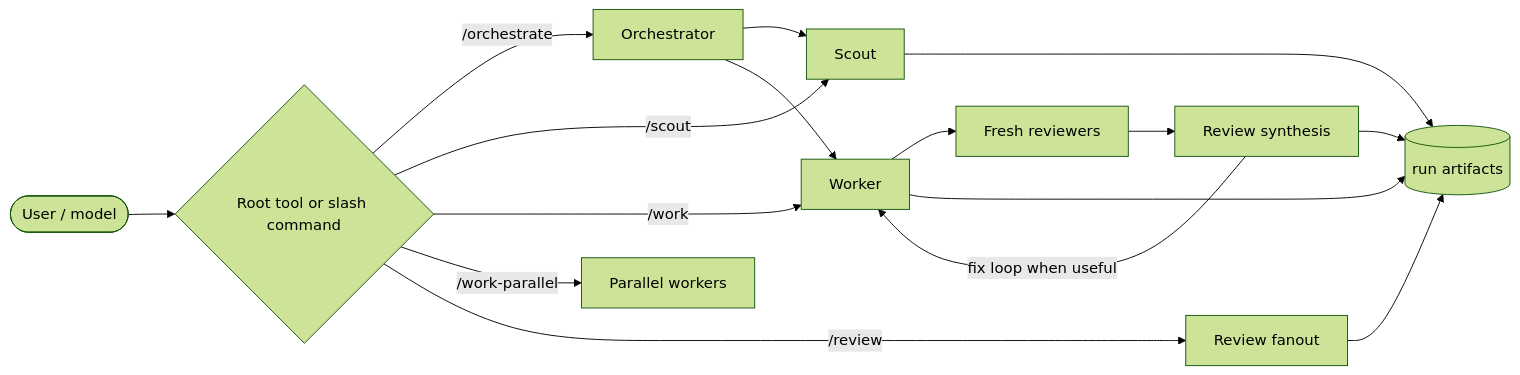
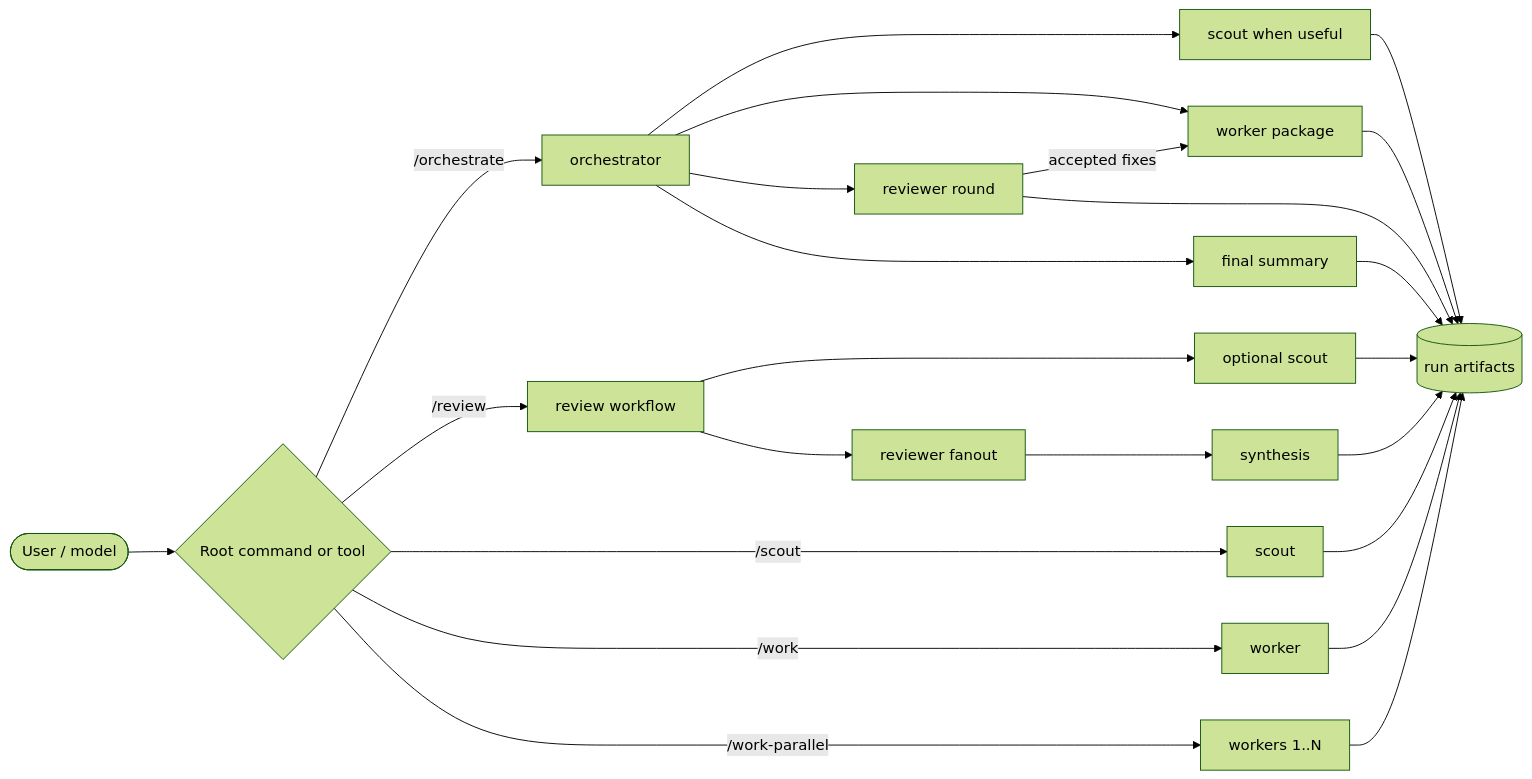
The first of 4 diagrams in README.md (SkipXS/pi-simple-subagents), drawn with Mermaid (forest theme) before and after one commit. The commit also changed other lines of this file and 5 other files, not shown here.

Commit message:
Unify root tool naming

````diff
--- a/README.md
+++ b/README.md
@@ -16,21 +16,30 @@
 ```mermaid
 flowchart LR
-  User([User / model]) --> Root{Root tool or slash command}
+  User([User / model]) --> Root{Root command or tool}
 
-  Root -->|/orchestrate| Orchestrator
-  Root -->|/scout| Scout
-  Root -->|/work| Worker
-  Root -->|/work-parallel| Workers[Parallel workers]
-  Root -->|/review| ReviewFanout[Review fanout]
+  Root -->|/orchestrate| O[orchestrator]
+  O --> OS[scout when useful]
+  O --> OW[worker package]
+  O --> OR[reviewer round]
+  OR -->|accepted fixes| OW
+  O --> OF[final summary]
 
-  Orchestrator --> Scout
-  Orchestrator --> Worker
-  Worker --> Reviewers[Fresh reviewers]
-  Reviewers --> Synthesis[Review synthesis]
-  Synthesis -->|fix loop when useful| Worker
+  Root -->|/review| RF[review workflow]
+  RF --> RS[optional scout]
+  RF --> RR[reviewer fanout]
+  RR --> SYN[synthesis]
 
-  Scout --> Artifacts[(run artifacts)]
-  Worker --> Artifacts
-  ReviewFanout --> Artifacts
-  Synthesis --> Artifacts
+  Root -->|/scout| S[scout]
+  Root -->|/work| W[worker]
+  Root -->|/work-parallel| WP[workers 1..N]
+
+  OS --> Artifacts[(run artifacts)]
+  OW --> Artifacts
+  OR --> Artifacts
+  OF --> Artifacts
+  RS --> Artifacts
+  SYN --> Artifacts
+  S --> Artifacts
+  W --> Artifacts
+  WP --> Artifacts
 ```
````
